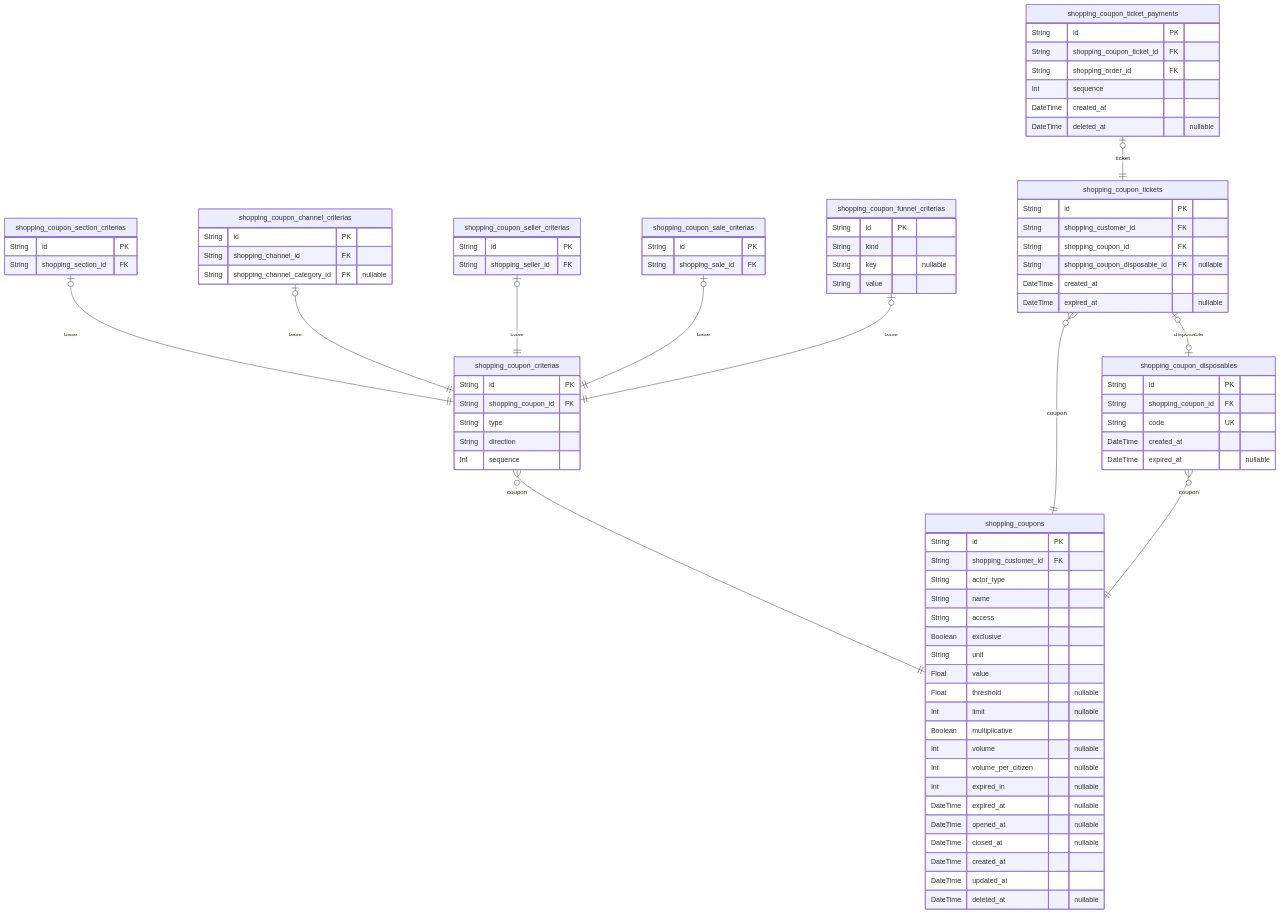
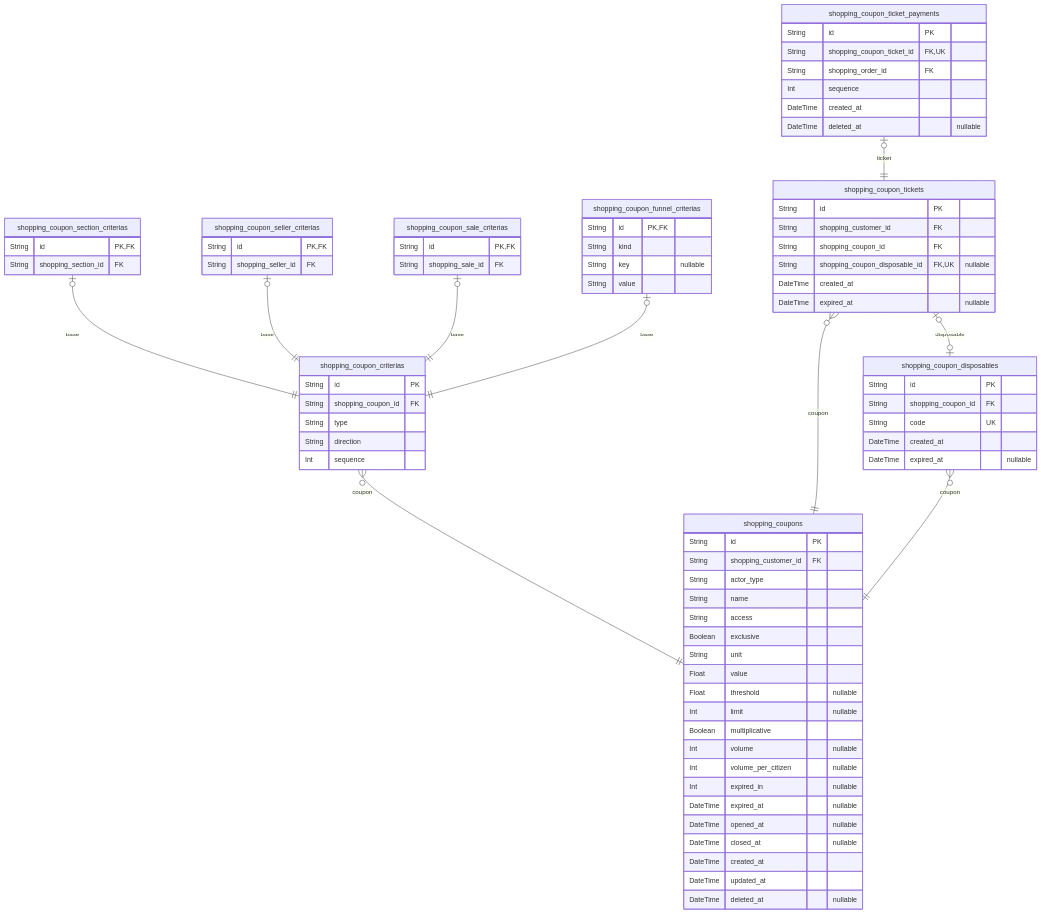
Before and after one commit to samchon/shopping-backend: the seventh of 10 diagrams in docs/ERD.md, drawn with Mermaid. The commit also changed other lines of this file and 1 other file, not shown here.

Commit message:
Fix ERD generated location

```diff
--- a/docs/ERD.md
+++ b/docs/ERD.md
@@ -1784,24 +1758,19 @@
   Int sequence
 }
 "shopping_coupon_section_criterias" {
-  String id PK
+  String id PK,FK
   String shopping_section_id FK
 }
-"shopping_coupon_channel_criterias" {
-  String id PK
-  String shopping_channel_id FK
-  String shopping_channel_category_id FK "nullable"
-}
 "shopping_coupon_seller_criterias" {
-  String id PK
+  String id PK,FK
   String shopping_seller_id FK
 }
 "shopping_coupon_sale_criterias" {
-  String id PK
+  String id PK,FK
   String shopping_sale_id FK
 }
 "shopping_coupon_funnel_criterias" {
-  String id PK
+  String id PK,FK
   String kind
   String key "nullable"
   String value
@@ -1810,13 +1779,13 @@
   String id PK
   String shopping_customer_id FK
   String shopping_coupon_id FK
-  String shopping_coupon_disposable_id FK "nullable"
+  String shopping_coupon_disposable_id FK,UK "nullable"
   DateTime created_at
   DateTime expired_at "nullable"
 }
 "shopping_coupon_ticket_payments" {
   String id PK
-  String shopping_coupon_ticket_id FK
+  String shopping_coupon_ticket_id FK,UK
   String shopping_order_id FK
   Int sequence
   DateTime created_at
@@ -1831,7 +1800,6 @@
 }
 "shopping_coupon_criterias" }o--|| "shopping_coupons" : coupon
 "shopping_coupon_section_criterias" |o--|| "shopping_coupon_criterias" : base
-"shopping_coupon_channel_criterias" |o--|| "shopping_coupon_criterias" : base
 "shopping_coupon_seller_criterias" |o--|| "shopping_coupon_criterias" : base
 "shopping_coupon_sale_criterias" |o--|| "shopping_coupon_criterias" : base
 "shopping_coupon_funnel_criterias" |o--|| "shopping_coupon_criterias" : base
```
